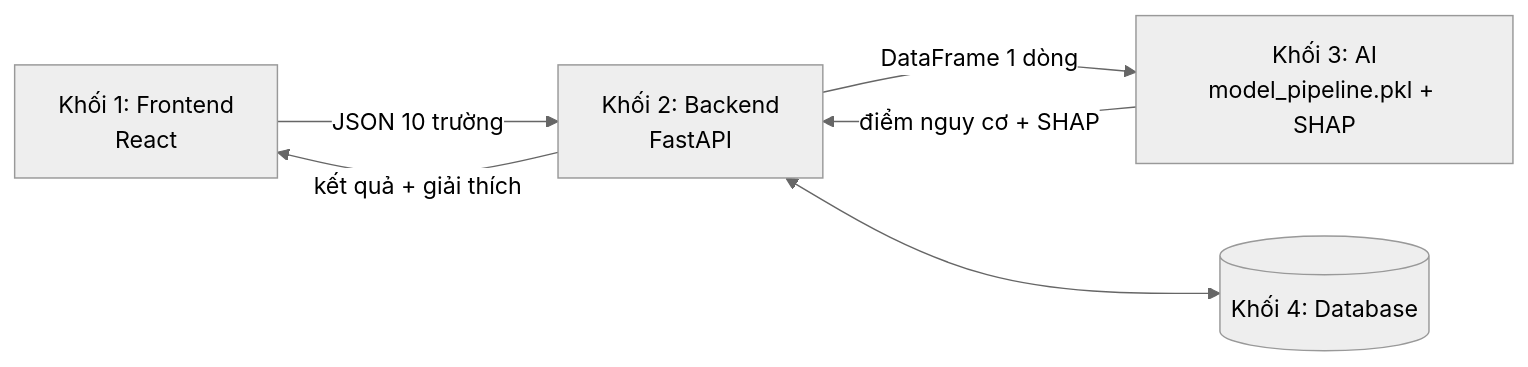
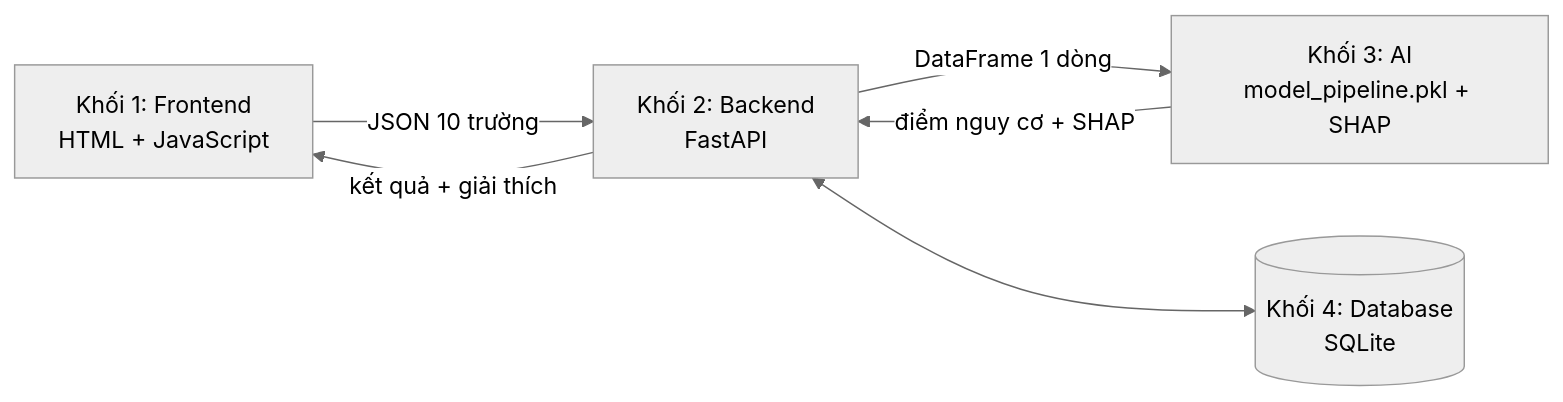
One commit to hhai0410/ThucTapCoSoNganh changed the diagram in README.md. Above: the diagram before and after it, drawn with Mermaid (neutral theme). The commit also changed other lines of this file and 5 other files, not shown here.

````diff
--- a/README.md
+++ b/README.md
@@ -52,8 +101,8 @@
 ```mermaid
 flowchart LR
-    FE["Khối 1: Frontend<br/>React"] -- "JSON 10 trường" --> BE["Khối 2: Backend<br/>FastAPI"]
+    FE["Khối 1: Frontend<br/>HTML + JavaScript"] -- "JSON 10 trường" --> BE["Khối 2: Backend<br/>FastAPI"]
     BE -- "DataFrame 1 dòng" --> AI["Khối 3: AI<br/>model_pipeline.pkl + SHAP"]
     AI -- "điểm nguy cơ + SHAP" --> BE
-    BE <--> DB[("Khối 4: Database")]
+    BE <--> DB[("Khối 4: Database<br/>SQLite")]
     BE -- "kết quả + giải thích" --> FE
 ```
````
